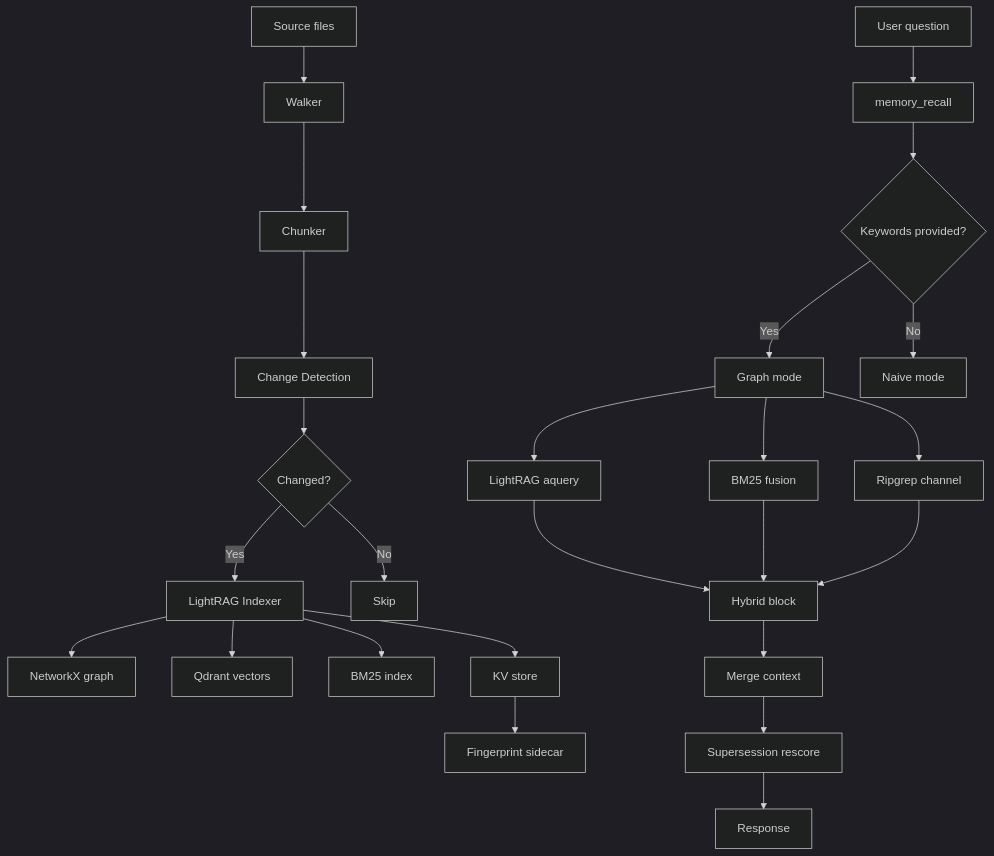
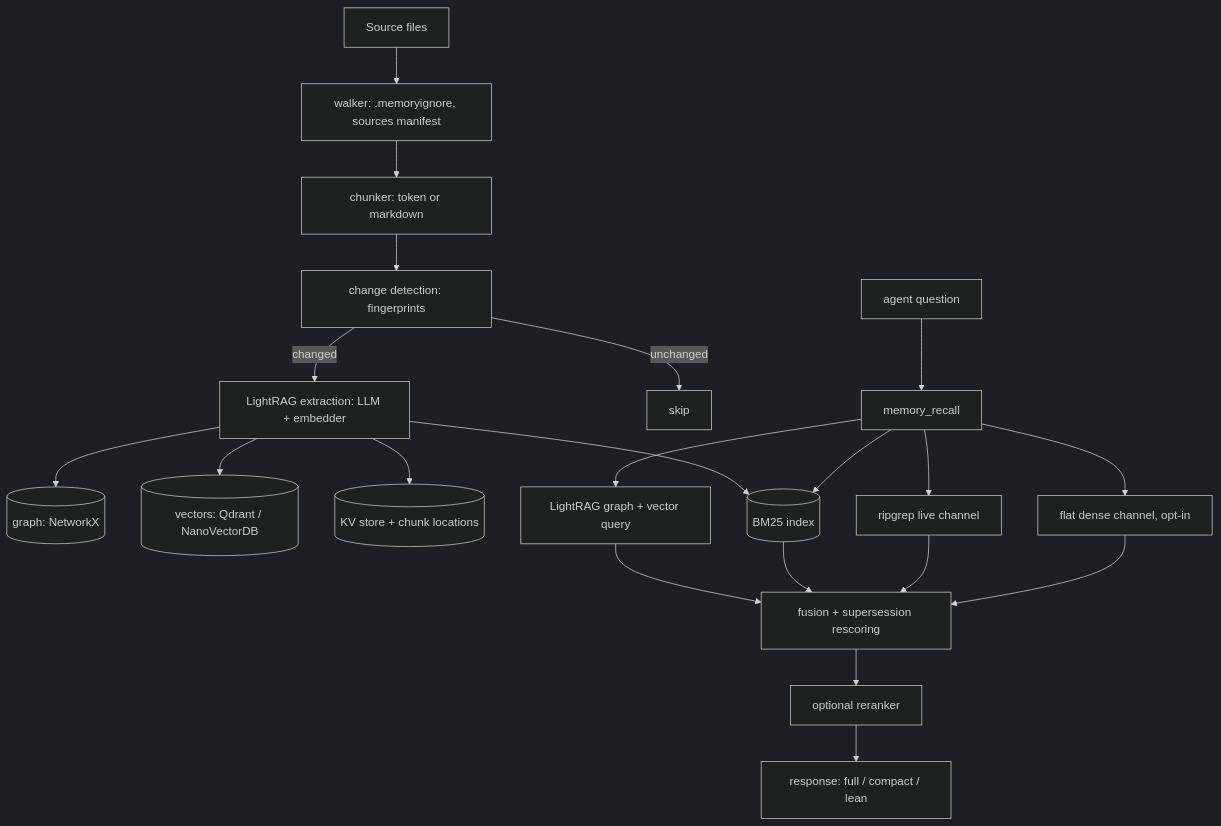
Before and after one commit to iuriimedvedev-dev/hars-longterm-memory: the diagram in docs/architecture.md, drawn with Mermaid (dark theme). The commit also changed other lines of this file and 14 other files, not shown here.

Commit message:
docs: public documentation suite (README, architecture, configuration, indexing, MCP tools, retrieval, evaluation, auth), CONTRIBUTING, SECURITY, CHANGELOG

````diff
--- a/docs/architecture.md
+++ b/docs/architecture.md
@@ -56,28 +5,24 @@
 ```mermaid
 flowchart TD
-    A[Source files] --> B[Walker]
-    B --> C[Chunker]
-    C --> D[Change Detection]
-    D --> E{Changed?}
-    E -->|Yes| F[LightRAG Indexer]
-    E -->|No| G[Skip]
-    F --> H[NetworkX graph]
-    F --> I[Qdrant vectors]
-    F --> J[BM25 index]
-    F --> K[KV store]
-    K --> L[Fingerprint sidecar]
+    A[Source files] --> B[walker: .memoryignore, sources manifest]
+    B --> C[chunker: token or markdown]
+    C --> D[change detection: fingerprints]
+    D -->|changed| E[LightRAG extraction: LLM + embedder]
+    D -->|unchanged| X[skip]
+    E --> G[(graph: NetworkX)]
+    E --> V[(vectors: Qdrant / NanoVectorDB)]
+    E --> K[(KV store + chunk locations)]
+    E --> S[(BM25 index)]
 
-    M[User question] --> N[memory_recall]
-    N --> O{Keywords provided?}
-    O -->|Yes| P[Graph mode]
-    O -->|No| Q[Naive mode]
-    P --> R[LightRAG aquery]
-    P --> S[BM25 fusion]
-    P --> T[Ripgrep channel]
-    R --> U[Hybrid block]
+    Q[agent question] --> M[memory_recall]
+    M --> L[LightRAG graph + vector query]
+    M --> S
+    M --> R[ripgrep live channel]
+    M --> F[flat dense channel, opt-in]
+    L --> U[fusion + supersession rescoring]
     S --> U
-    T --> U
-    U --> V[Merge context]
-    V --> W[Supersession rescore]
-    W --> X[Response]
+    R --> U
+    F --> U
+    U --> RR[optional reranker]
+    RR --> O[response: full / compact / lean]
 ```
````
